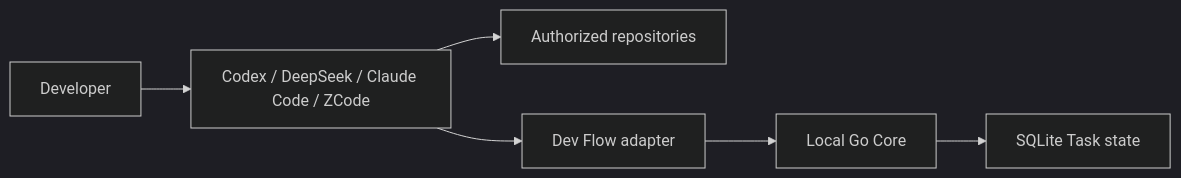
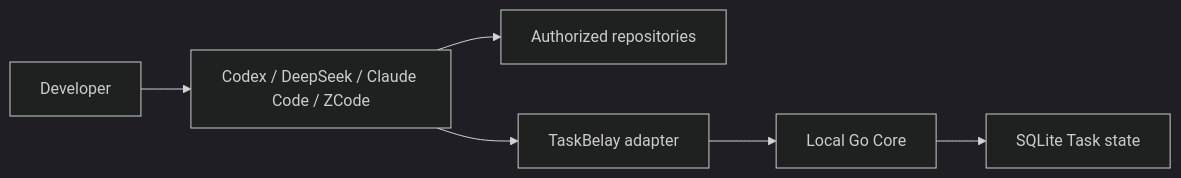
The diagram in docs/THREAT-MODEL_en.md (Innocent-children/dev-flow), drawn with Mermaid (dark theme) before and after one commit. The commit also changed other lines of this file and 1532 other files, not shown here.

````diff
--- a/docs/THREAT-MODEL_en.md
+++ b/docs/THREAT-MODEL_en.md
@@ -13,8 +13,8 @@
 ```mermaid
 flowchart LR
     U[Developer] --> H[Codex / DeepSeek / Claude Code / ZCode]
     H --> R[Authorized repositories]
-    H --> A[Dev Flow adapter]
+    H --> A[TaskBelay adapter]
     A --> C[Local Go Core]
     C --> S[SQLite Task state]
 ```
````
